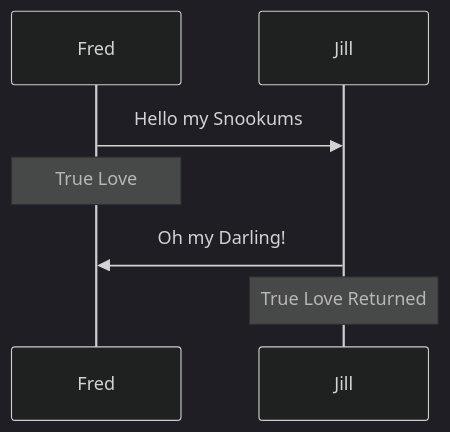
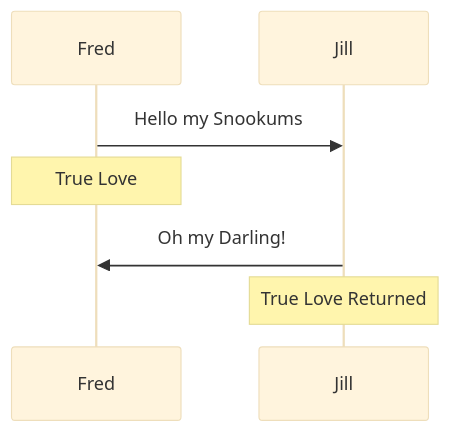
Before and after one commit to stuttgart-things/docs: the third of 3 diagrams in staging-pve.md, drawn with Mermaid.

```diff
--- a/staging-pve.md
+++ b/staging-pve.md
@@ -29,8 +29,9 @@
 {{< mermaid >}}
 sequenceDiagram
 Fred->>Jill:Hello my Snookums
 note over Fred:True Love
 Jill->>Fred:Oh my Darling!
 note over Jill:True Love Returned
-%%{init:{'theme':'dark'}}%%
+%%{init:{'theme':'base'}}%%
+%%{init:{'themeCSS':'.messageLine0:nth-of-type(2) { stroke: red; };.messageText:nth-of-type(1) { fill: green; font-size: 30px !important;}; g:nth-of-type(3) rect.actor { stroke:blue;fill: pink; }; g:nth-of-type(5) .note { stroke:blue;fill: crimson; };#arrowhead path {stroke: blue; fill:red;};'}}%%
 {{< /mermaid >}}
```
